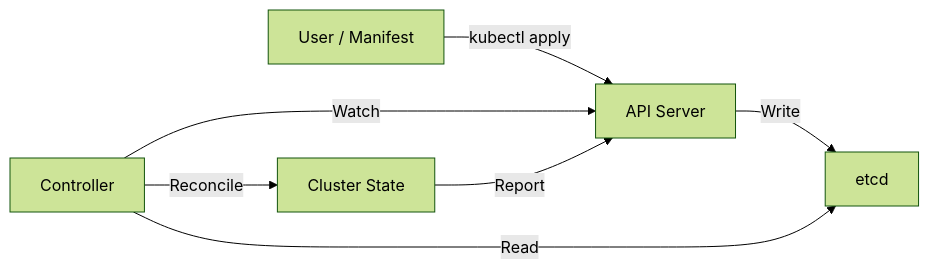
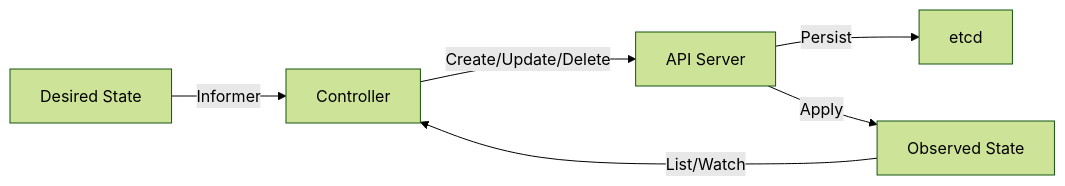
Before and after one commit to Leito2/Learning: the second of 3 diagrams in Software Engineering/02 - Go Engineering/02 - Go for Cloud Native/02 - Kubernetes Architecture Deep Dive.md, drawn with Mermaid (forest theme). The commit also changed other lines of this file and 41 other files, not shown here.

````diff
--- a/Software Engineering/02 - Go Engineering/02 - Go for Cloud Native/02 - Kubernetes Architecture Deep Dive.md
+++ b/Software Engineering/02 - Go Engineering/02 - Go for Cloud Native/02 - Kubernetes Architecture Deep Dive.md
@@ -55,9 +259,8 @@
 ```mermaid
 graph LR
-    A[User / Manifest] -->|kubectl apply| B[API Server]
-    B -->|Write| C[etcd]
-    D[Controller] -->|Watch| B
-    D -->|Read| C
-    D -->|Reconcile| E[Cluster State]
-    E -->|Report| B
+    A[Desired State] -->|Informer| B[Controller]
+    C[Observed State] -->|List/Watch| B
+    B -->|Create/Update/Delete| D[API Server]
+    D -->|Persist| E[etcd]
+    D -->|Apply| C
 ```
````
